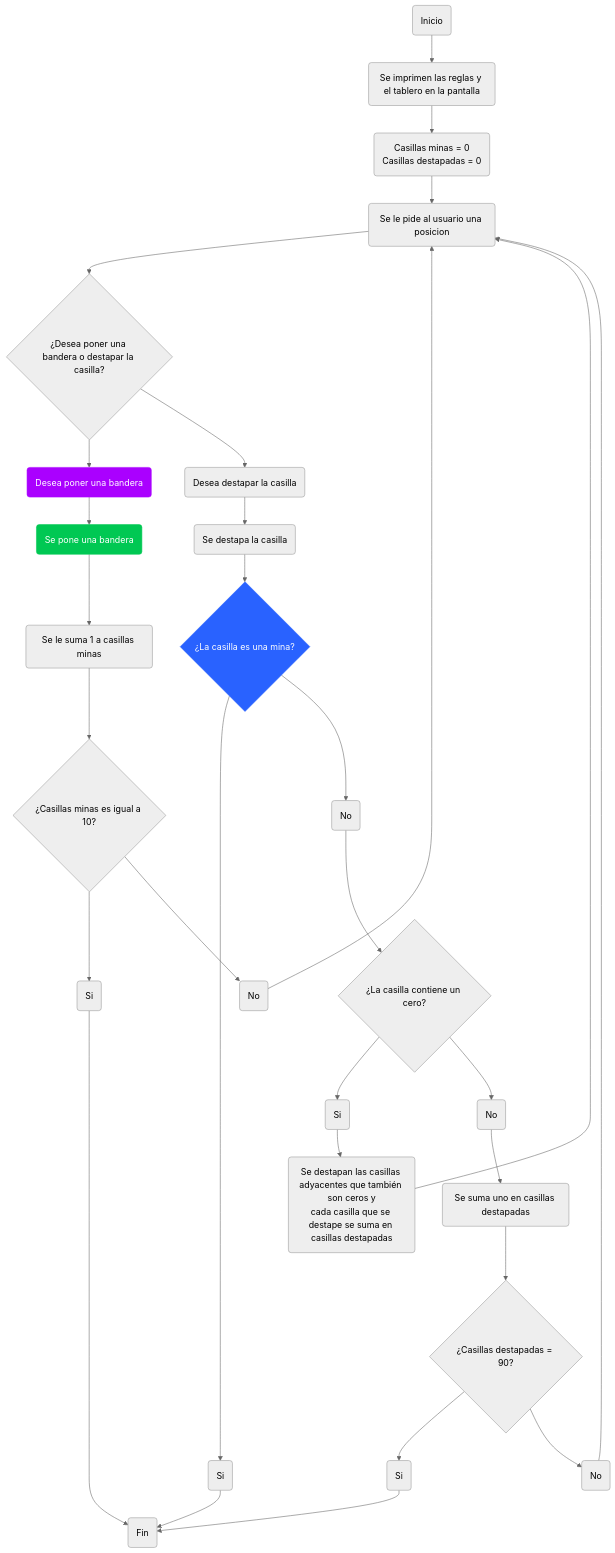
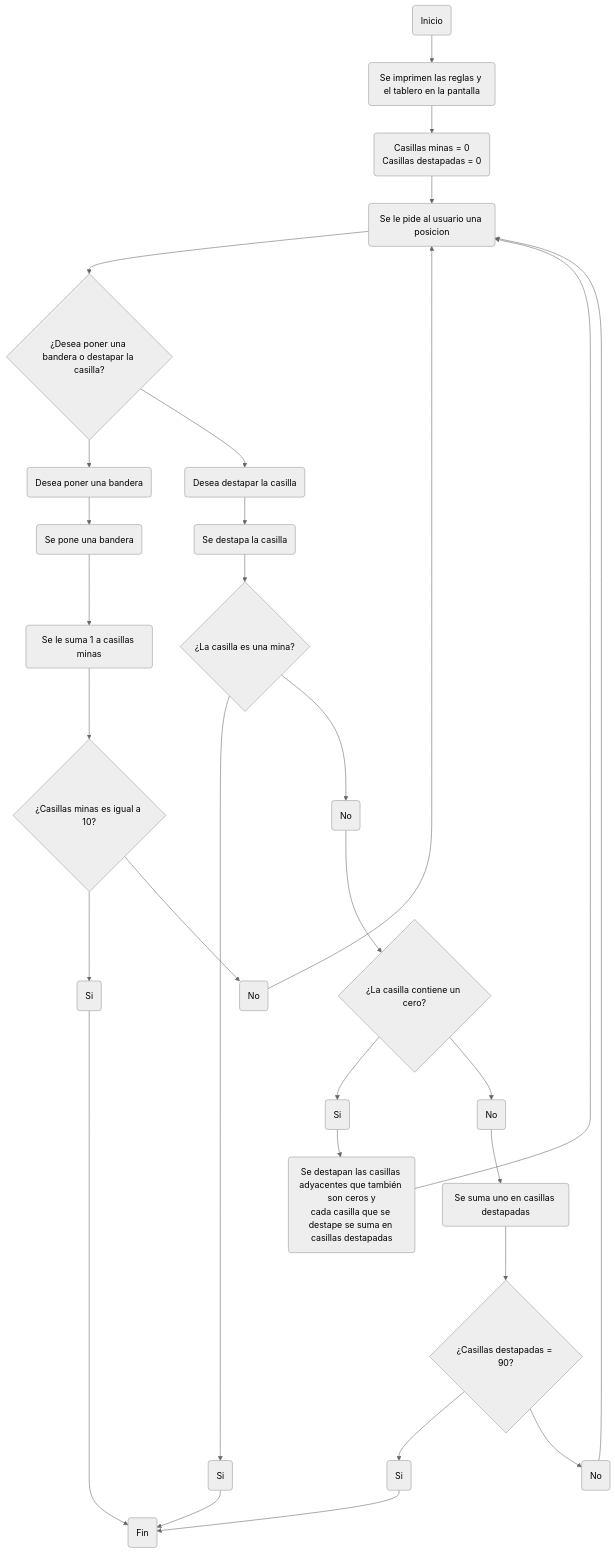
One commit to coD3-Programacion/Avance-Proyecto changed the diagram in README.md. Above: the diagram before and after it, drawn with Mermaid (neutral theme).

````diff
--- a/README.md
+++ b/README.md
@@ -31,49 +31,43 @@
 ```mermaid
 flowchart TD
 %% Nodos
     A("Inicio")
     B("Se imprimen las reglas y el tablero en la pantalla")
     C("Se le pide al usuario una posicion")
     D{¿Desea poner una bandera o destapar la casilla?}
     E(Desea poner una bandera)
     F(Desea destapar la casilla)
     G(Se pone una bandera)
     H(Se destapa la casilla)
     I{¿La casilla es una mina?}
     J(Fin)
     K(Si)
     L(No)
     M{¿La casilla contiene un cero?}
     N(Si)
     O(No)
     P(Se destapan las casillas adyacentes que también son ceros y
 cada casilla que se destape se suma en casillas destapadas
 )
     Q(Se suma uno en casillas destapadas)
     R{¿Casillas destapadas = 90?}
     S(Si)
     T(No)
     U(Se le suma 1 a casillas minas)
     V{¿Casillas minas es igual a 10?}
     W(Si)
     Y(No)
 
 %% Conexiones entre los nodos
     A-->B-->Z-->C-->D-->E-->G-->U-->V-->W-->J
     D-->F-->H-->I-->K-->J
     I-->L-->M-->N-->P
     M-->O-->Q
     P-->C
     Q-->R-->S-->J
     R-->T-->C
     V-->Y-->C
     Z(Casillas minas = 0
     Casillas destapadas = 0)
 
-%% Individual node styling. Try the visual editor toolbar for easier styling!
-    style E color:#FFFFFF, fill:#AA00FF, stroke:#AA00FF
-    style G color:#FFFFFF, stroke:#00C853, fill:#00C853
-    style I color:#FFFFFF, stroke:#2962FF, fill:#2962FF
-
-%% You can add notes with two "%" signs in a row!
 ```
````
